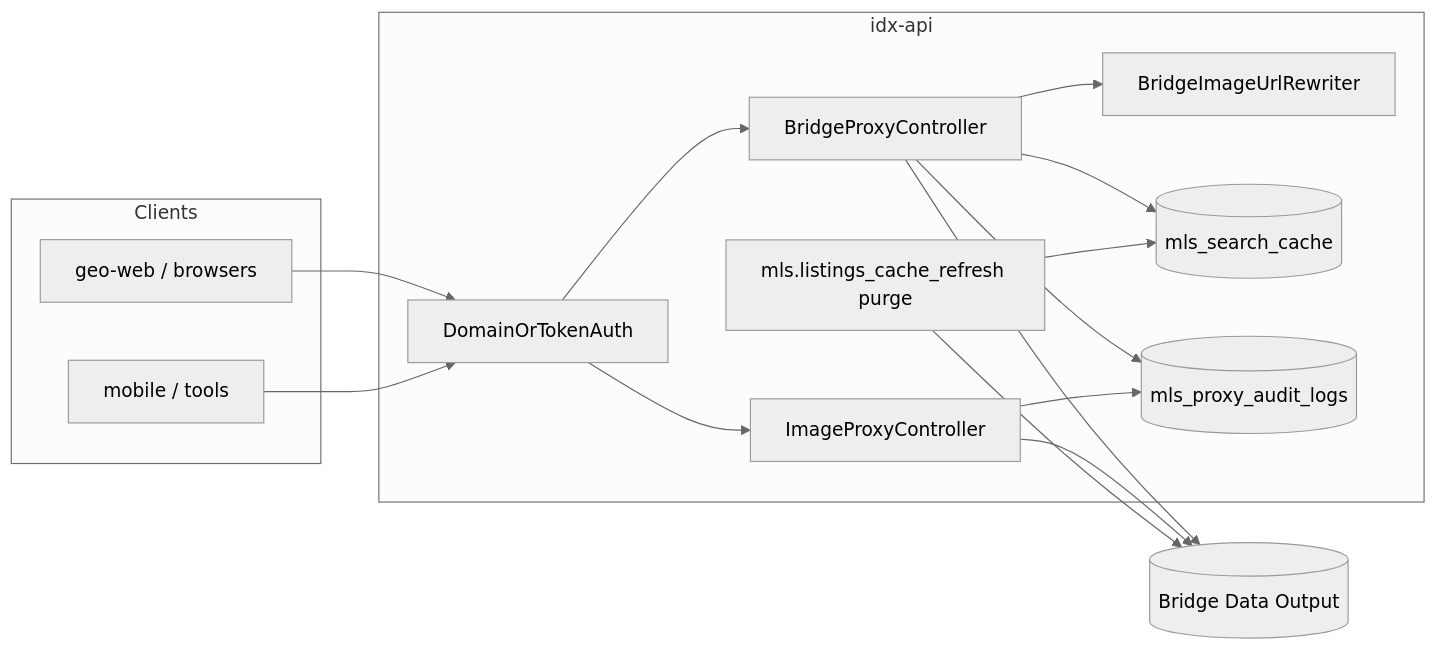
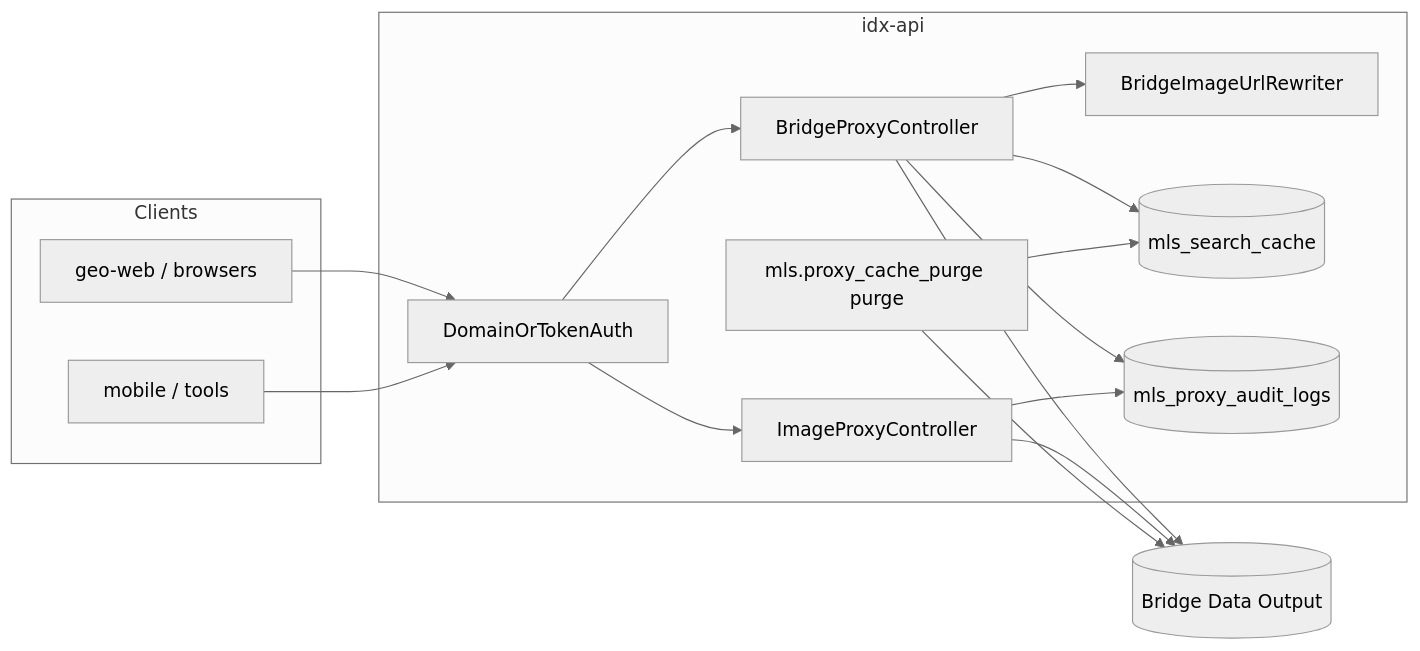
Before and after one commit to jloescher/geo-idx-api: the diagram in docs/idx-api-bridge-proxy.md, drawn with Mermaid (neutral theme). The commit also changed other lines of this file and 88 other files, not shown here.

First line of the commit message:
chore(go): cleanup docs/CI, proxy cache purge job, GIS teaser, home_value condition

````diff
--- a/docs/idx-api-bridge-proxy.md
+++ b/docs/idx-api-bridge-proxy.md
@@ -33,30 +33,30 @@
 ```mermaid
 flowchart LR
   subgraph clients [Clients]
     GW[geo-web / browsers]
     MOB[mobile / tools]
   end
   subgraph idx [idx-api]
     MW[DomainOrTokenAuth]
     BC[BridgeProxyController]
     RW[BridgeImageUrlRewriter]
     IC[ImageProxyController]
     CACHE[(mls_search_cache)]
     AUDIT[(mls_proxy_audit_logs)]
-    JOB[mls.listings_cache_refresh purge]
+    JOB[mls.proxy_cache_purge purge]
   end
   BRIDGE[(Bridge Data Output)]
 
   GW --> MW
   MOB --> MW
   MW --> BC
   MW --> IC
   BC --> RW
   BC --> CACHE
   BC --> BRIDGE
   IC --> BRIDGE
   BC --> AUDIT
   IC --> AUDIT
   JOB --> CACHE
   JOB --> BRIDGE
 ```
````
